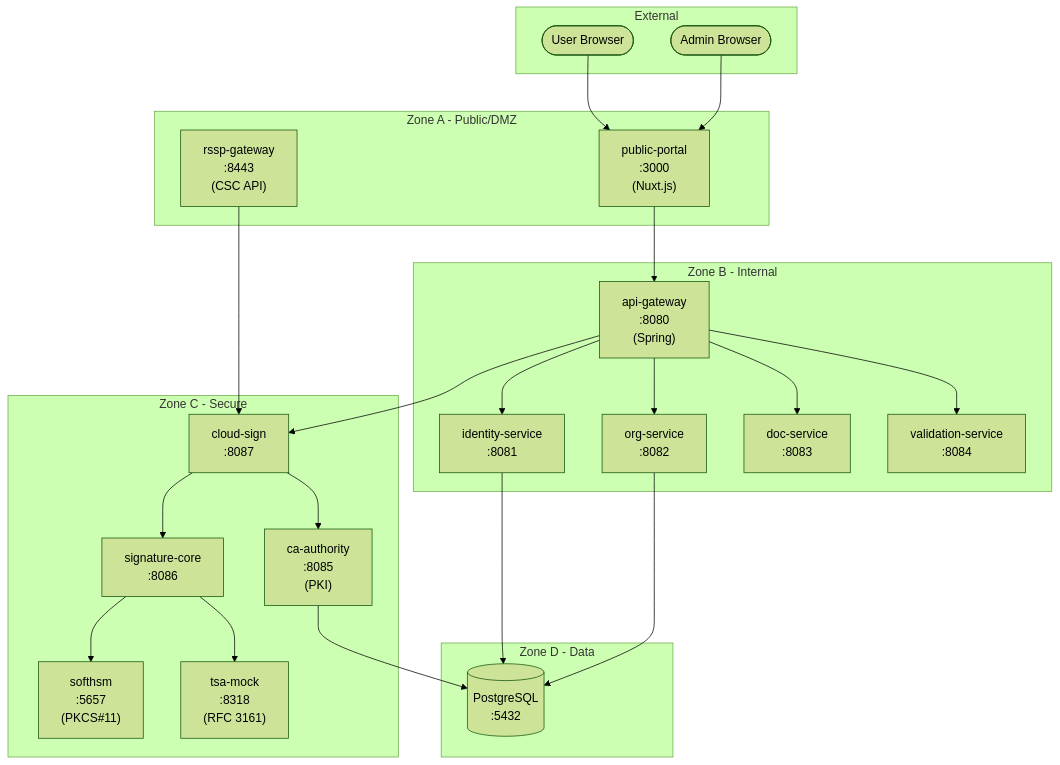
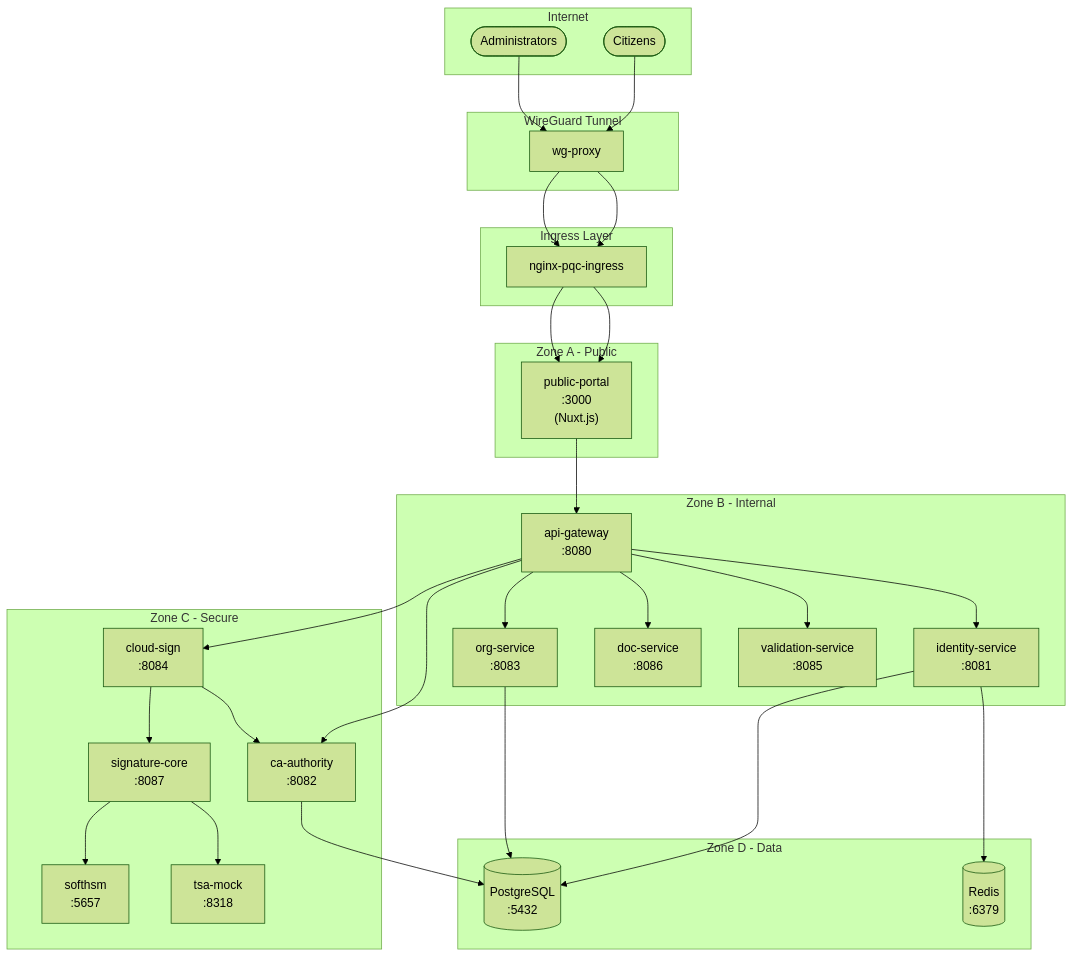
The first of 2 diagrams in docs/architecture.md (LVy-H/Crypto-Final-Public-Administration), drawn with Mermaid (forest theme) before and after one commit. The commit also changed other lines of this file and 1 other file, not shown here.

First line of the commit message:
docs: comprehensive architecture and API reference rewrite

````diff
--- a/docs/architecture.md
+++ b/docs/architecture.md
@@ -9,53 +7,61 @@
 ```mermaid
 flowchart TB
-    subgraph External["External"]
-        User([User Browser])
-        Admin([Admin Browser])
+    subgraph External["Internet"]
+        User([Citizens])
+        Admin([Administrators])
     end
 
-    subgraph DMZ["Zone A - Public/DMZ"]
+    subgraph Tunnel["WireGuard Tunnel"]
+        WG[wg-proxy]
+    end
+
+    subgraph Ingress["Ingress Layer"]
+        NGINX[nginx-pqc-ingress]
+    end
+
+    subgraph Public["Zone A - Public"]
         Portal["public-portal<br/>:3000<br/>(Nuxt.js)"]
-        RSSP["rssp-gateway<br/>:8443<br/>(CSC API)"]
     end
 
     subgraph Internal["Zone B - Internal"]
-        API["api-gateway<br/>:8080<br/>(Spring)"]
+        API["api-gateway<br/>:8080"]
         Identity["identity-service<br/>:8081"]
-        Org["org-service<br/>:8082"]
-        Doc["doc-service<br/>:8083"]
-        Validation["validation-service<br/>:8084"]
+        Org["org-service<br/>:8083"]
+        Doc["doc-service<br/>:8086"]
+        Validation["validation-service<br/>:8085"]
     end
 
     subgraph Secure["Zone C - Secure"]
-        CA["ca-authority<br/>:8085<br/>(PKI)"]
-        Sign["signature-core<br/>:8086"]
-        Cloud["cloud-sign<br/>:8087"]
-        HSM["softhsm<br/>:5657<br/>(PKCS#11)"]
-        TSA["tsa-mock<br/>:8318<br/>(RFC 3161)"]
+        CA["ca-authority<br/>:8082"]
+        Sign["signature-core<br/>:8087"]
+        Cloud["cloud-sign<br/>:8084"]
+        HSM["softhsm<br/>:5657"]
+        TSA["tsa-mock<br/>:8318"]
     end
 
     subgraph Data["Zone D - Data"]
         PG[(PostgreSQL<br/>:5432)]
+        Redis[(Redis<br/>:6379)]
     end
 
-    User --> Portal
-    Admin --> Portal
+    User --> WG --> NGINX --> Portal
+    Admin --> WG --> NGINX --> Portal
     Portal --> API
 
     API --> Identity
     API --> Org
     API --> Doc
     API --> Validation
     API --> Cloud
+    API --> CA
 
     Identity --> PG
+    Identity --> Redis
     Org --> PG
     CA --> PG
-
+    
     Cloud --> Sign
     Cloud --> CA
     Sign --> HSM
     Sign --> TSA
-
-    RSSP --> Cloud
 ```
````
